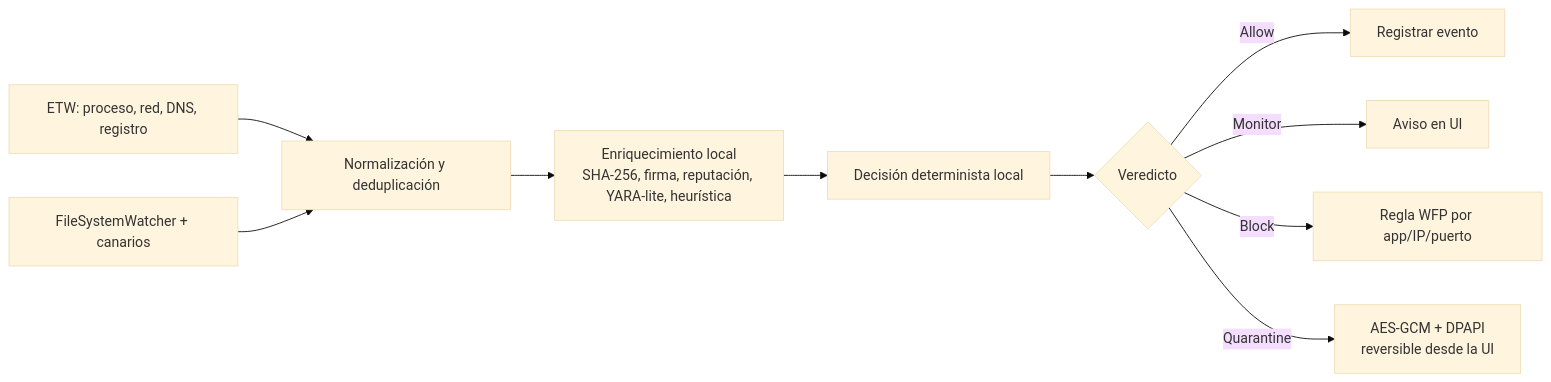
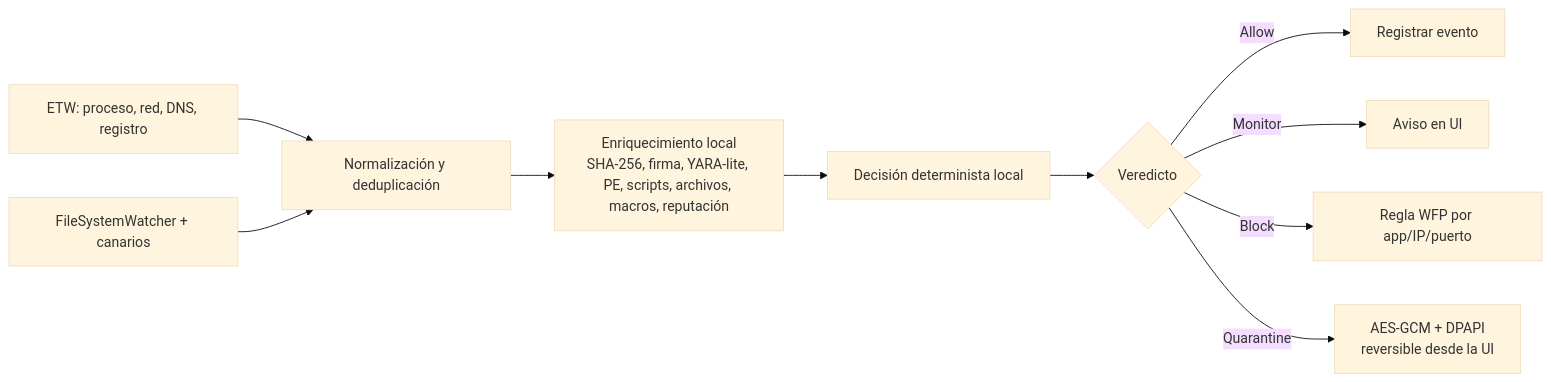
The diagram in docs/COMO-FUNCIONA.md (superbrucesecurity/AegisGuard), drawn with Mermaid (base theme) before and after one commit. The commit also changed other lines of this file and 26 other files, not shown here.

````diff
--- a/docs/COMO-FUNCIONA.md
+++ b/docs/COMO-FUNCIONA.md
@@ -9,12 +9,12 @@
 ```mermaid
 flowchart LR
   A[ETW: proceso, red, DNS, registro] --> N[Normalización y deduplicación]
   B[FileSystemWatcher + canarios] --> N
-  N --> E[Enriquecimiento local\nSHA-256, firma, reputación, YARA-lite, heurística]
+  N --> E[Enriquecimiento local\nSHA-256, firma, YARA-lite, PE, scripts, archivos, macros, reputación]
   E --> D[Decisión determinista local]
   D --> R{Veredicto}
   R -- Allow --> X[Registrar evento]
   R -- Monitor --> Y[Aviso en UI]
   R -- Block --> Z[Regla WFP por app/IP/puerto]
   R -- Quarantine --> Q[AES-GCM + DPAPI\nreversible desde la UI]
 ```
````
